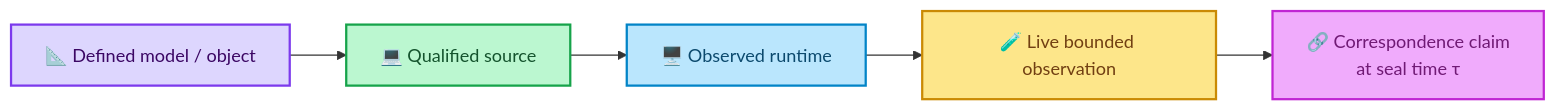
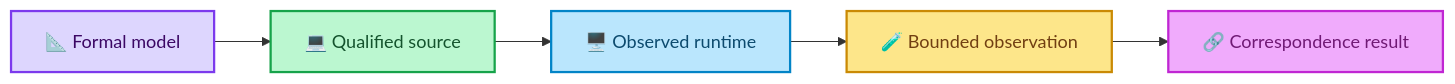
The eighth of 9 diagrams in CURRENT.md (kiddstechnical/ALLIS-Artificial-Learning-and-Location-Intelligence-System), drawn with Mermaid before and after one commit. The commit also changed other lines of this file, not shown here.

````diff
--- a/CURRENT.md
+++ b/CURRENT.md
@@ -596,16 +498,16 @@
 ```mermaid
 flowchart LR
-    A["📐 Defined model / object"]:::m
+    A["📐 Formal model"]:::m
     B["💻 Qualified source"]:::s
     C["🖥️ Observed runtime"]:::r
-    D["🧪 Live bounded observation"]:::o
-    E["🔗 Correspondence claim<br/>at seal time τ"]:::c
+    D["🧪 Bounded observation"]:::o
+    E["🔗 Correspondence result"]:::c
 
     A --> B --> C --> D --> E
 
     classDef m fill:#ddd6fe,stroke:#7c3aed,color:#3b0764,stroke-width:2px;
     classDef s fill:#bbf7d0,stroke:#16a34a,color:#14532d,stroke-width:2px;
     classDef r fill:#bae6fd,stroke:#0284c7,color:#0c4a6e,stroke-width:2px;
     classDef o fill:#fde68a,stroke:#ca8a04,color:#713f12,stroke-width:2px;
     classDef c fill:#f0abfc,stroke:#c026d3,color:#701a75,stroke-width:2px;
 ```
````
